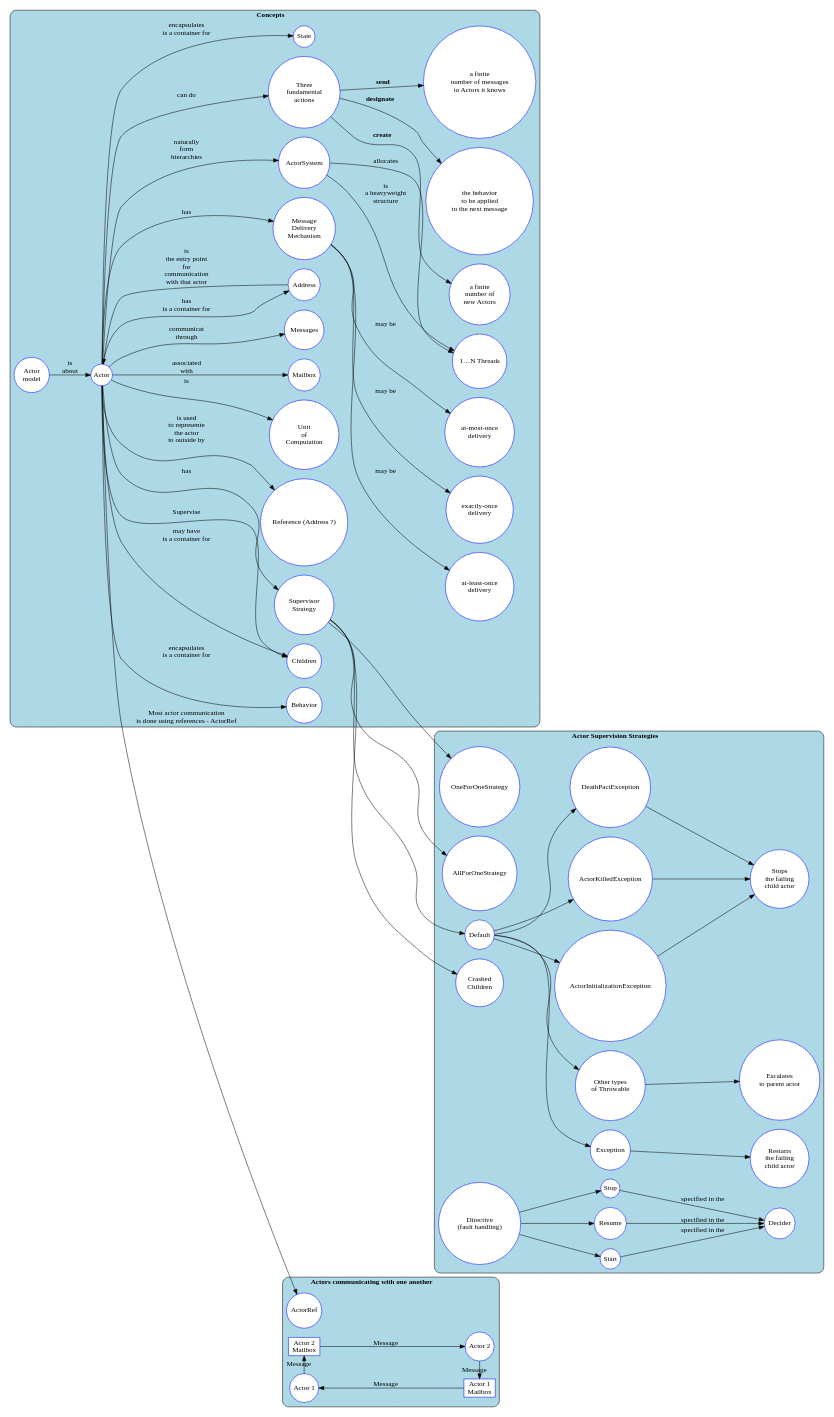
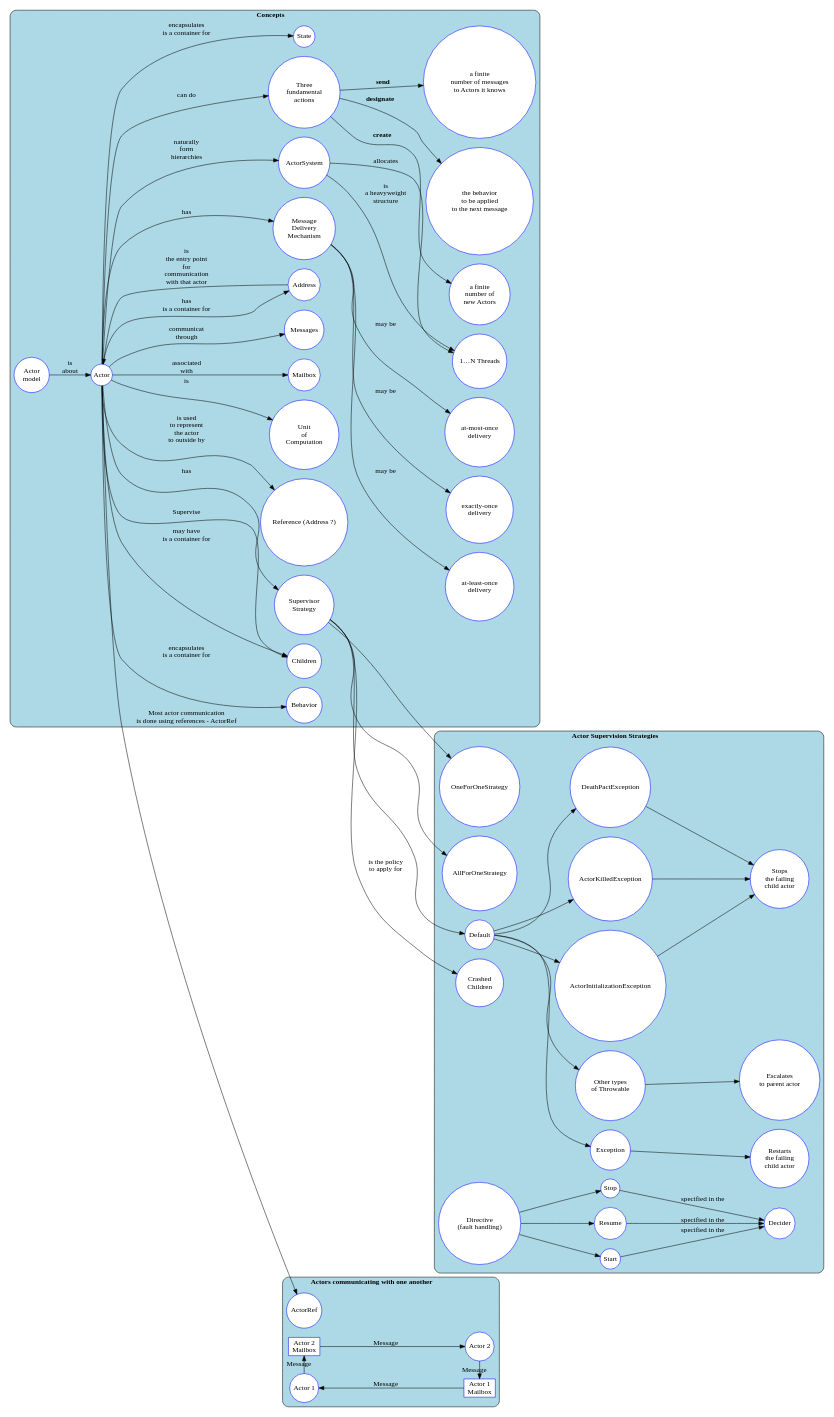
Before and after one commit to Farrukhjon/profession-roadmap: the diagram in src/actor/actor-model-concepts.dot, drawn with Graphviz.

Commit message:
fixed a typo

```diff
--- a/src/actor/actor-model-concepts.dot
+++ b/src/actor/actor-model-concepts.dot
@@ -1,73 +1,73 @@
 digraph akka_actor {
 	rankdir = "LR";
 	compound = true;
 	node [shape = circle style = filled fillcolor = white color = blue margin = 0];
 
 	subgraph cluster_actor_model {
 		label = <<B>Concepts</B>>;
 		style = rounded;
 		bgcolor = lightblue;
 		"Actor \n model" -> "Actor" [label = "is \n about"];
 		"Actor" -> "State" [label = "encapsulates \n is a container for"];
 		"Actor" -> "Behavior" [label = "encapsulates \n is a container for"];
 		"Actor" -> "Children" [label = "may have \n is a container for"];
 		"Actor" -> "Supervisor \n Strategy" [label = "has"];
-		"Actor" -> "Reference (Address ?)" [label = "is used \n to represente \n the actor \n to outside by"];
+		"Actor" -> "Reference (Address ?)" [label = "is used \n to represent \n the actor \n to outside by"];
 		"Actor" -> "Address" [label = "has \n is a container for"];
 		"Actor" -> "Unit \n of \n Computation" [label = "is"];
 		"Actor" -> "Mailbox" [label = "associated \n with"];
 		"Actor" -> "Messages" [label = "communicat \n through"]; 
 		"Address" -> "Actor" [label = "is \n the entry point \n for \n communication \n with that actor"];
 		"Actor" -> "Message \n Delivery \n Mechanism" [label = "has"];
 		"Message \n Delivery \n Mechanism" -> "at-most-once \n delivery" [label = "may be"];
 		"Message \n Delivery \n Mechanism" -> "at-least-once \n delivery" [label = "may be"];
 		"Message \n Delivery \n Mechanism" -> "exactly-once \n delivery" [label = "may be"];
 		"Actor" -> "ActorSystem" [label = "naturally \n form \n hierarchies"];
 		"ActorSystem" -> "1…N Threads" [label = "is \n a heavyweight \n structure"];
 		"ActorSystem" -> "1…N Threads" [label = "allocates"];
 		"Actor" -> "Three \n fundamental \n actions" [label = "can do"];
 		"Three \n fundamental \n actions" -> "a finite \n number of messages \n to Actors it knows" [label = <<B>send</B>>]; 
 		"Three \n fundamental \n actions" -> "a finite \n number of \n new Actors" [label = <<B>create</B>>];
 		"Three \n fundamental \n actions" -> "the behavior \n to be applied \n to the next message" [label = <<B>designate</B>>];
 	}
 
 	subgraph cluster_actor_ref {
 		label = <<B>Actors communicating with one another</B>>;
 		style = rounded;
 		bgcolor = lightblue;
 		"Actor" -> "ActorRef" [label = "Most actor communication \n is done using references - ActorRef"];
 
         actor_1 [label = "Actor 1"];
         actor_2 [label = "Actor 2"];
         actor_1_mb [shape = box label = "Actor 1 \n Mailbox"];
         actor_2_mb [shape = box label = "Actor 2 \n Mailbox"];
 
         actor_1_mb -> actor_1 [label = "Message"];
         { rank=same actor_1 -> actor_2_mb [label = "Message"] };
         actor_2_mb -> actor_2 [label = "Message"];
         { rank=same actor_2 -> actor_1_mb [label = "Message"] };
 	}
 
 	subgraph cluster_supervision {
 		label = <<B>Actor Supervision Strategies</B>>;
 		style = rounded;
 		bgcolor = lightblue;
 		"Actor" -> "Children" [label = "Supervise"];
 		"Supervisor \n Strategy" -> "Default";
 		"Default" -> "ActorInitializationException" -> "Stops \n the failing \n child actor";
 		"Default" -> "ActorKilledException" -> "Stops \n the failing \n child actor";
 		"Default" -> "DeathPactException" -> "Stops \n the failing \n child actor";
 		"Default" -> "Exception" -> "Restarts \n the failing \n child actor";
 		"Default" -> "Other types \n of Throwable" -> "Escalates \n to parent actor";
-		"Supervisor \n Strategy" -> "Crashed \n Children" [lable = "is the policy \n to apply for"];
+		"Supervisor \n Strategy" -> "Crashed \n Children" [label = "is the policy \n to apply for"];
 		"Supervisor \n Strategy" -> "OneForOneStrategy";
 		"Supervisor \n Strategy" -> "AllForOneStrategy";
 		"Directive \n (fault handling)" -> "Stop";
 		"Directive \n (fault handling)" -> "Start";
 		"Directive \n (fault handling)" -> "Resume";
 		"Stop" -> "Decider" [label = "specified in the"];
 		"Start" -> "Decider" [label = "specified in the"];
 		"Resume" -> "Decider" [label = "specified in the"];
 	}
 
 }
```
